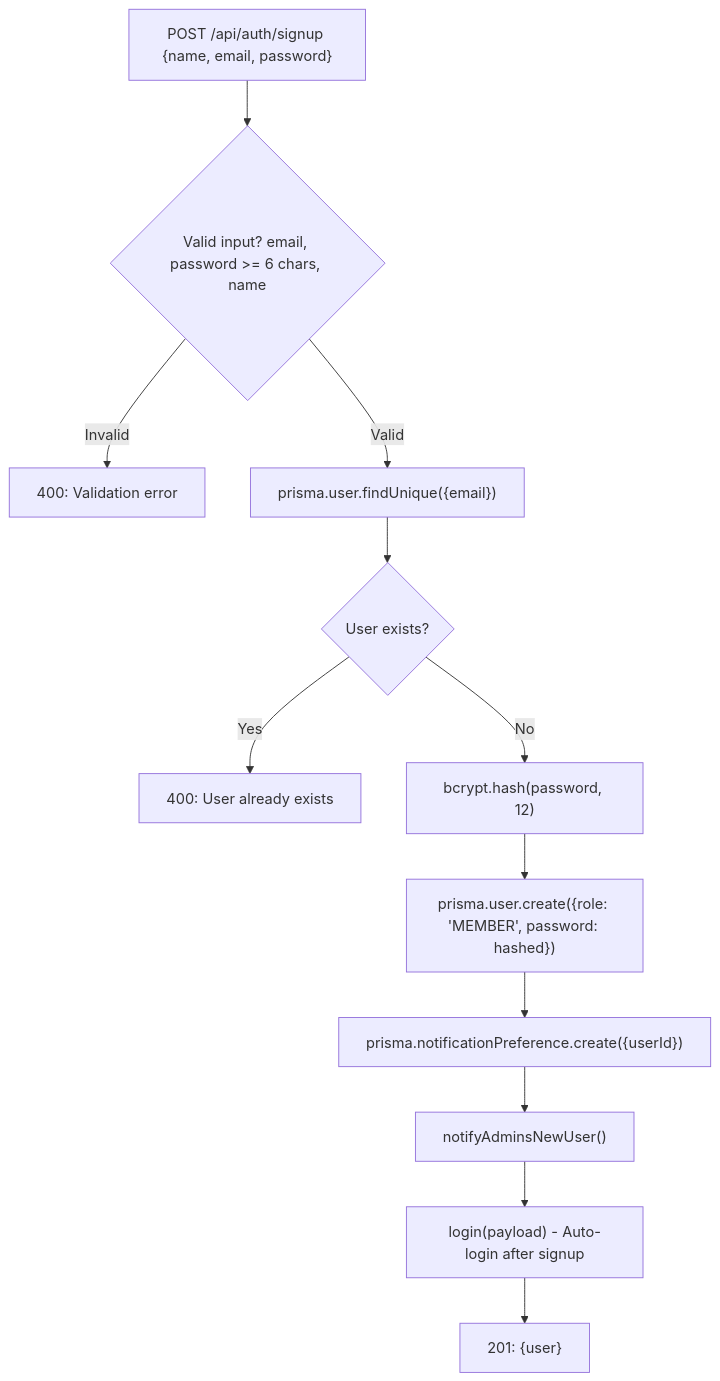
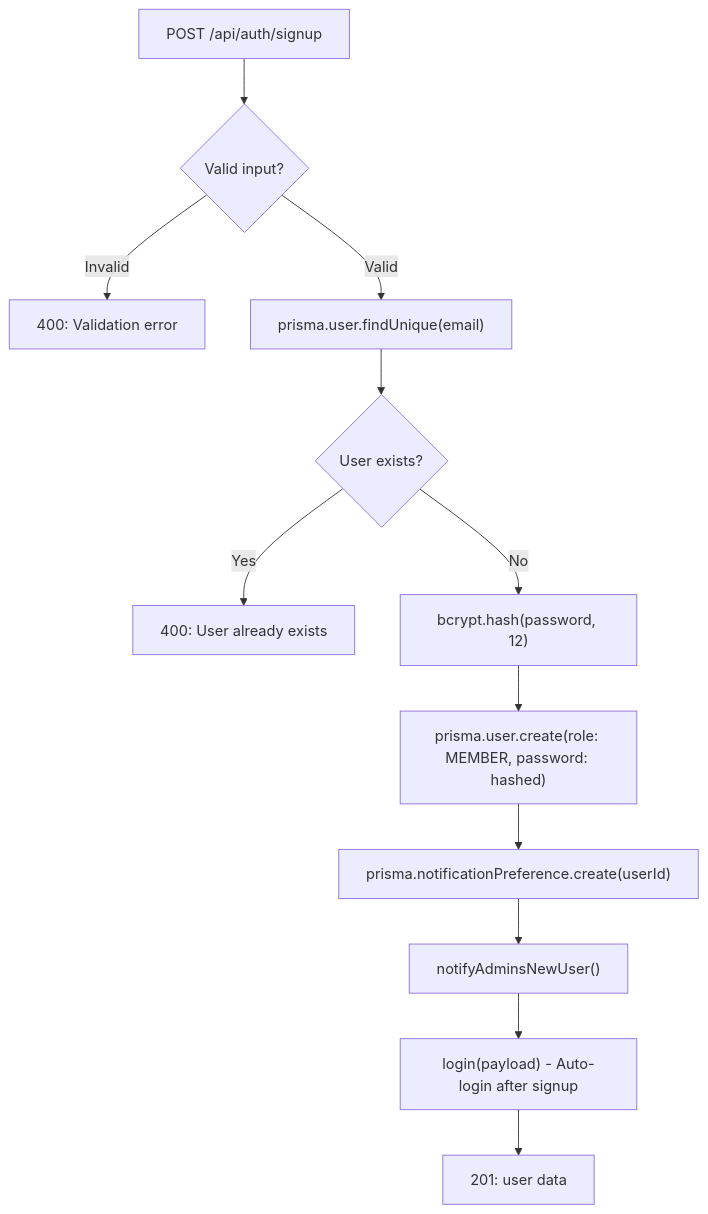
Before and after one commit to asefahmed500/Smart-Task-App_IIT_DU_Final_Project: the fourth of 7 diagrams in docs/02-authentication.md, drawn with Mermaid. The commit also changed other lines of this file and 9 other files, not shown here.

Commit message:
fix: update AGENTS.md with Vercel deployment notes and additional mermaid cleanups

````diff
--- a/docs/02-authentication.md
+++ b/docs/02-authentication.md
@@ -176,14 +176,14 @@
 ```mermaid
 flowchart TD
-    START["POST /api/auth/signup {name, email, password}"] --> VALIDATE{"Valid input? email, password >= 6 chars, name"}
+    START["POST /api/auth/signup"] --> VALIDATE{"Valid input?"}
     VALIDATE -->|Invalid| ERR["400: Validation error"]
-    VALIDATE -->|Valid| EXISTS["prisma.user.findUnique({email})"]
+    VALIDATE -->|Valid| EXISTS["prisma.user.findUnique(email)"]
     EXISTS --> TAKEN{"User exists?"}
     TAKEN -->|Yes| ERR_EXISTS["400: User already exists"]
     TAKEN -->|No| HASH["bcrypt.hash(password, 12)"]
-    HASH --> CREATE["prisma.user.create({role: 'MEMBER', password: hashed})"]
-    CREATE --> PREFS["prisma.notificationPreference.create({userId})"]
+    HASH --> CREATE["prisma.user.create(role: MEMBER, password: hashed)"]
+    CREATE --> PREFS["prisma.notificationPreference.create(userId)"]
     PREFS --> NOTIFY["notifyAdminsNewUser()"]
     NOTIFY --> AUTO_LOGIN["login(payload) - Auto-login after signup"]
-    AUTO_LOGIN --> SUCCESS["201: {user}"]
+    AUTO_LOGIN --> SUCCESS["201: user data"]
 ```
````
